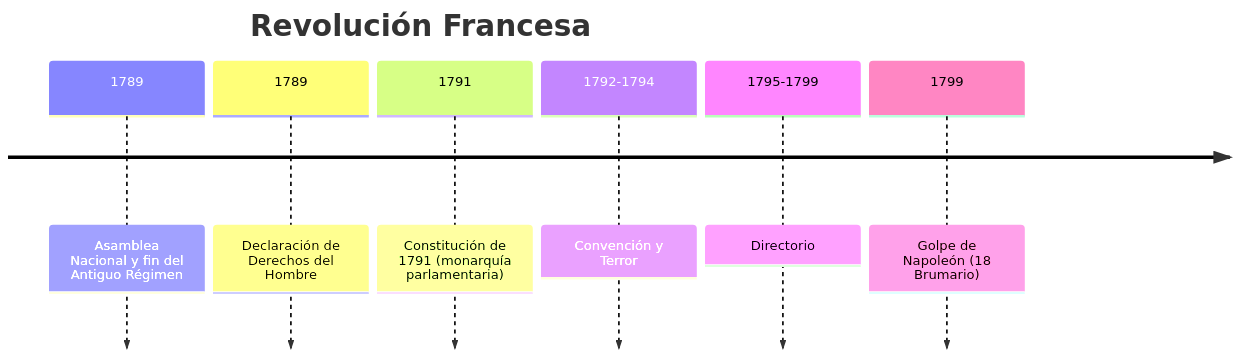
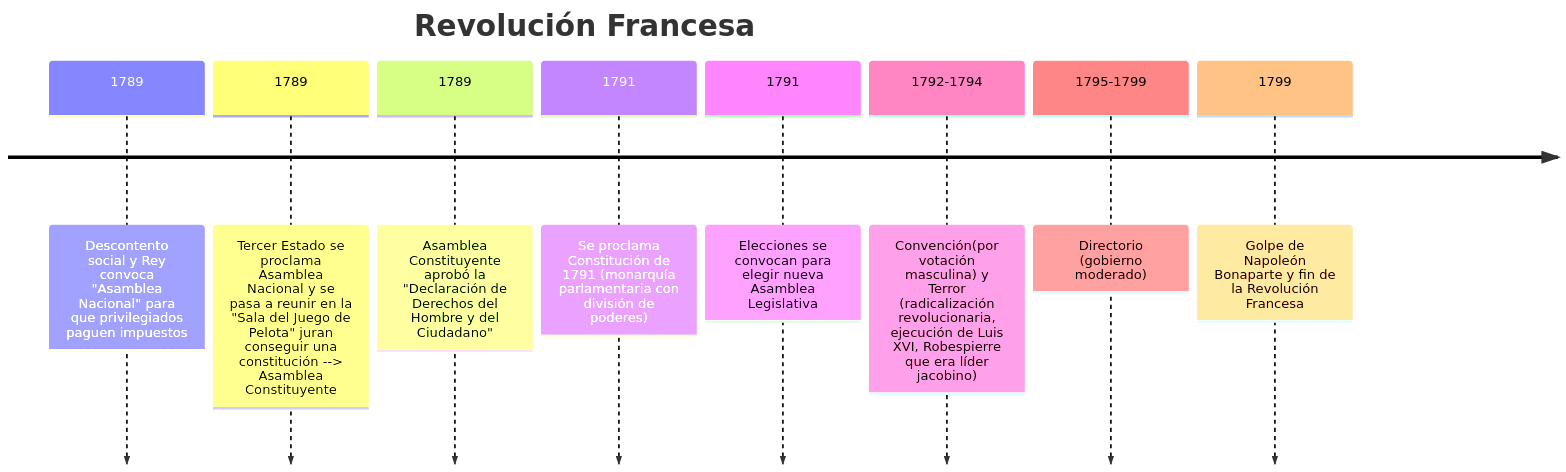
Before and after one commit to ajab138/OscarColegio: the fourth of 10 diagrams in Historia y Geografia/Tema2. Las revoluciones liberales.md, drawn with Mermaid. The commit also changed other lines of this file, not shown here.

````diff
--- a/Historia y Geografia/Tema2. Las revoluciones liberales.md
+++ b/Historia y Geografia/Tema2. Las revoluciones liberales.md
@@ -70,10 +40,12 @@
 ```mermaid
 timeline
   title Revolución Francesa
-  1789 : Asamblea Nacional y fin del Antiguo Régimen
-  1789 : Declaración de Derechos del Hombre
-  1791 : Constitución de 1791 (monarquía parlamentaria)
-  1792-1794 : Convención y Terror
-  1795-1799 : Directorio
-  1799 : Golpe de Napoleón (18 Brumario)
+  1789 : Descontento social y Rey convoca "Asamblea Nacional" para que privilegiados paguen impuestos
+  1789: Tercer Estado se proclama Asamblea Nacional y se pasa a reunir en la "Sala del Juego de Pelota" juran conseguir una constitución --> Asamblea Constituyente
+  1789 : Asamblea Constituyente aprobó la "Declaración de Derechos del Hombre y del Ciudadano"
+  1791 : Se proclama Constitución de 1791 (monarquía parlamentaria con división de poderes)
+  1791 : Elecciones se convocan para elegir nueva Asamblea Legislativa
+  1792-1794 : Convención(por votación masculina) y Terror (radicalización revolucionaria, ejecución de Luis XVI, Robespierre que era líder jacobino)
+  1795-1799 : Directorio (gobierno moderado)
+  1799 : Golpe de Napoleón Bonaparte y fin de la Revolución Francesa
  ``` 
````
